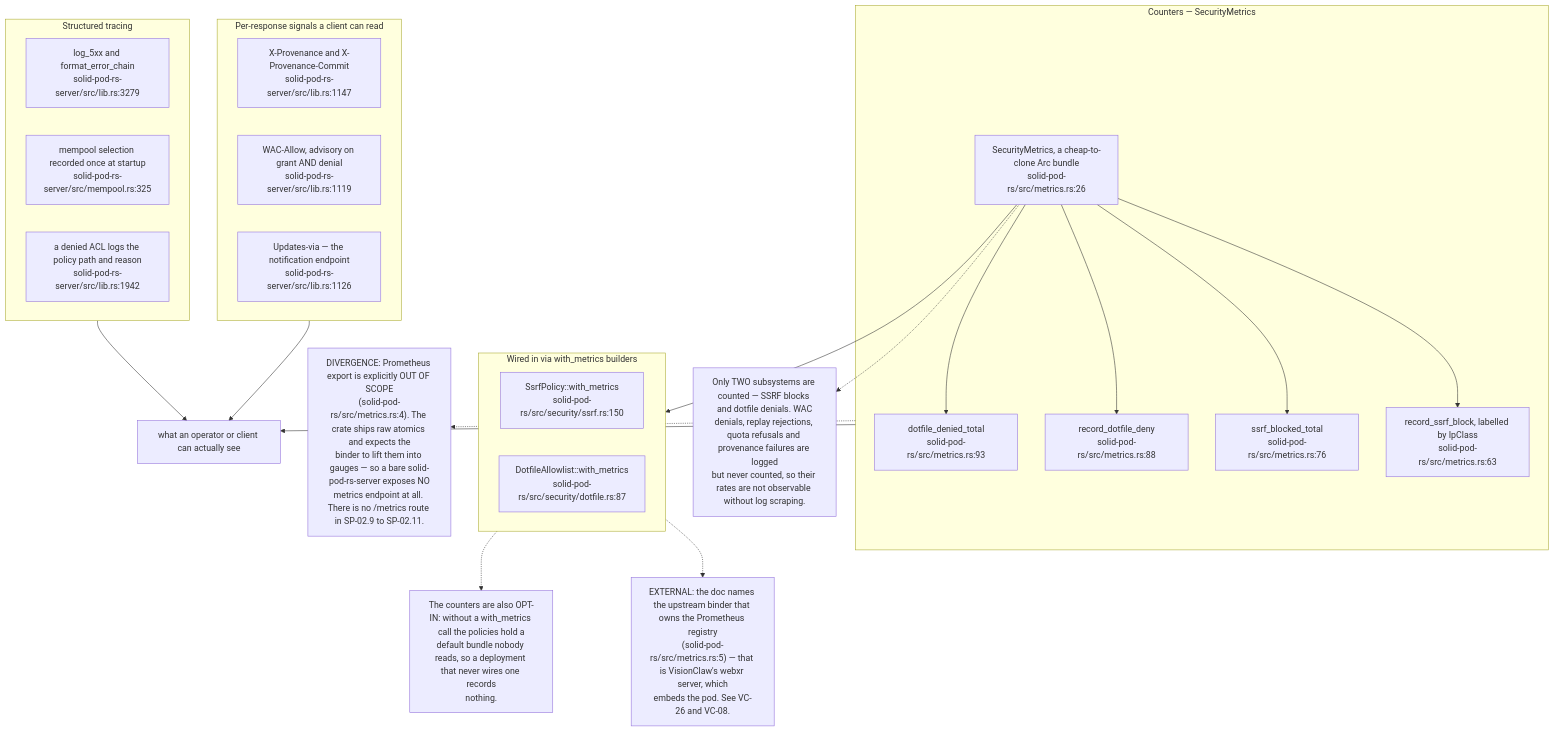
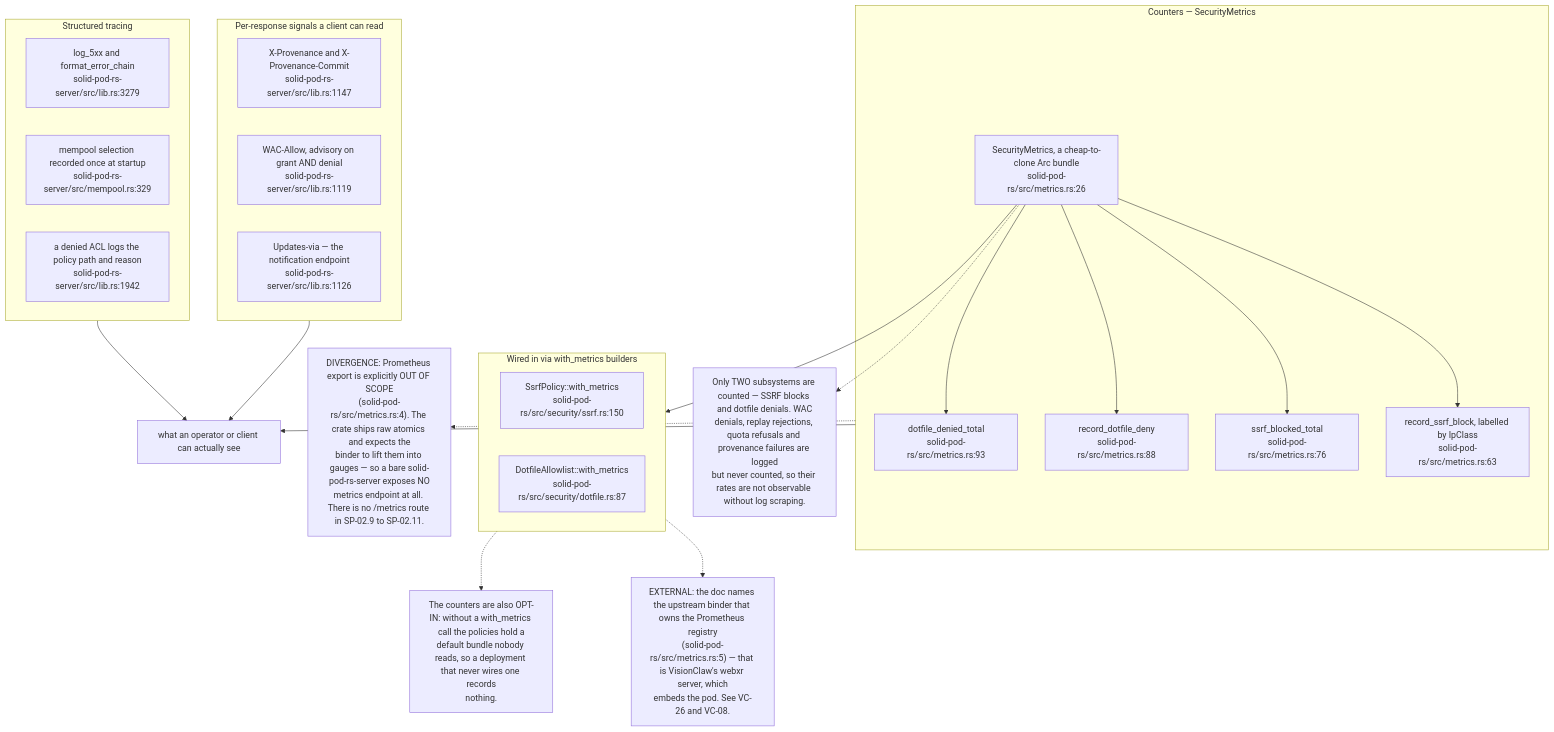
Diagram 12 of 12 in docs/diagrams/solid-pod-rs/10-failure-modes-and-invariants.md (DreamLab-AI/VisionFlow), drawn with Mermaid before and after one commit. The commit also changed other lines of this file and 26 other files, not shown here.

First line of the commit message:
docs(diagrams): re-verify solid-pod-rs, nostr-rust-forum and visionclaw 22/36 against HEAD

````diff
--- a/docs/diagrams/solid-pod-rs/10-failure-modes-and-invariants.md
+++ b/docs/diagrams/solid-pod-rs/10-failure-modes-and-invariants.md
@@ -338,42 +338,42 @@
 ```mermaid
 flowchart TD
     subgraph COUNT["Counters — SecurityMetrics"]
         SM["SecurityMetrics, a cheap-to-clone Arc bundle<br/>solid-pod-rs/src/metrics.rs:26"]
         SS["record_ssrf_block, labelled by IpClass<br/>solid-pod-rs/src/metrics.rs:63"]
         ST["ssrf_blocked_total<br/>solid-pod-rs/src/metrics.rs:76"]
         DF["record_dotfile_deny<br/>solid-pod-rs/src/metrics.rs:88"]
         DT["dotfile_denied_total<br/>solid-pod-rs/src/metrics.rs:93"]
     end
     subgraph WIRE["Wired in via with_metrics builders"]
         W1["SsrfPolicy::with_metrics<br/>solid-pod-rs/src/security/ssrf.rs:150"]
         W2["DotfileAllowlist::with_metrics<br/>solid-pod-rs/src/security/dotfile.rs:87"]
     end
     subgraph HDR["Per-response signals a client can read"]
         H1["X-Provenance and X-Provenance-Commit<br/>solid-pod-rs-server/src/lib.rs:1147"]
         H2["WAC-Allow, advisory on grant AND denial<br/>solid-pod-rs-server/src/lib.rs:1119"]
         H3["Updates-via — the notification endpoint<br/>solid-pod-rs-server/src/lib.rs:1126"]
     end
     subgraph LOG["Structured tracing"]
         L1["log_5xx and format_error_chain<br/>solid-pod-rs-server/src/lib.rs:3279"]
-        L2["mempool selection recorded once at startup<br/>solid-pod-rs-server/src/mempool.rs:325"]
+        L2["mempool selection recorded once at startup<br/>solid-pod-rs-server/src/mempool.rs:329"]
         L3["a denied ACL logs the policy path and reason<br/>solid-pod-rs-server/src/lib.rs:1942"]
     end
 
     SM --> SS
     SM --> ST
     SM --> DF
     SM --> DT
     SM --> WIRE
     HDR --> OP["what an operator or client can actually see"]
     LOG --> OP
     COUNT --> OP
 
     N["DIVERGENCE: Prometheus export is explicitly OUT OF SCOPE<br/>(solid-pod-rs/src/metrics.rs:4). The crate ships raw atomics and expects the<br/>binder to lift them into gauges — so a bare solid-pod-rs-server exposes NO<br/>metrics endpoint at all. There is no /metrics route in SP-02.9 to SP-02.11."]
     COUNT -.-> N
     N2["EXTERNAL: the doc names the upstream binder that owns the Prometheus registry<br/>(solid-pod-rs/src/metrics.rs:5) — that is VisionClaw's webxr server, which<br/>embeds the pod. See VC-26 and VC-08."]
     WIRE -.-> N2
     N3["Only TWO subsystems are counted — SSRF blocks and dotfile denials. WAC<br/>denials, replay rejections, quota refusals and provenance failures are logged<br/>but never counted, so their rates are not observable without log scraping."]
     SM -.-> N3
     N4["The counters are also OPT-IN: without a with_metrics call the policies hold a<br/>default bundle nobody reads, so a deployment that never wires one records<br/>nothing."]
     WIRE -.-> N4
 ```
````
